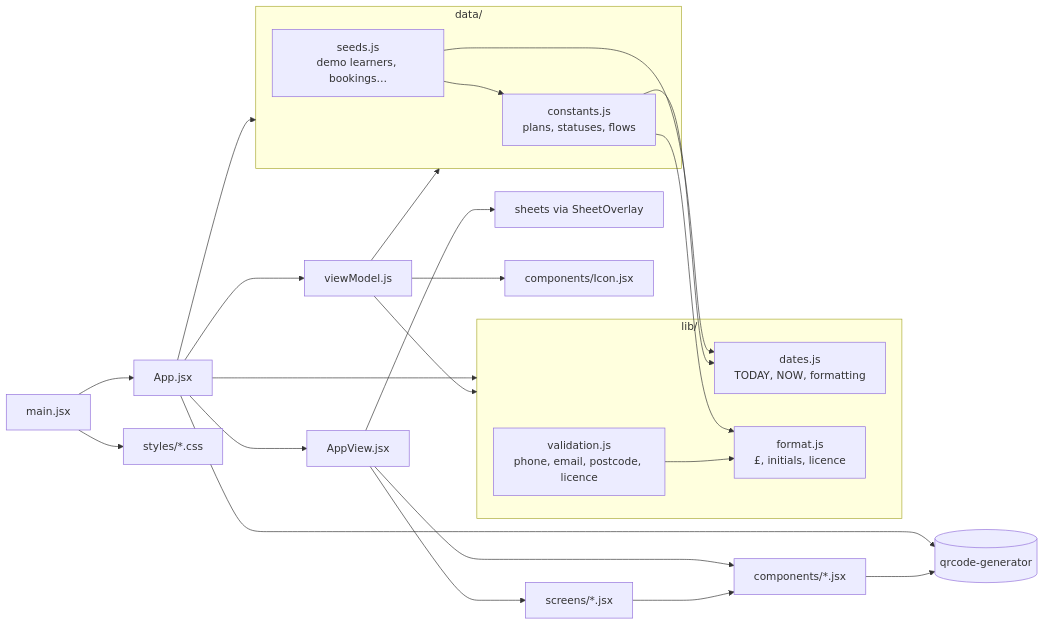
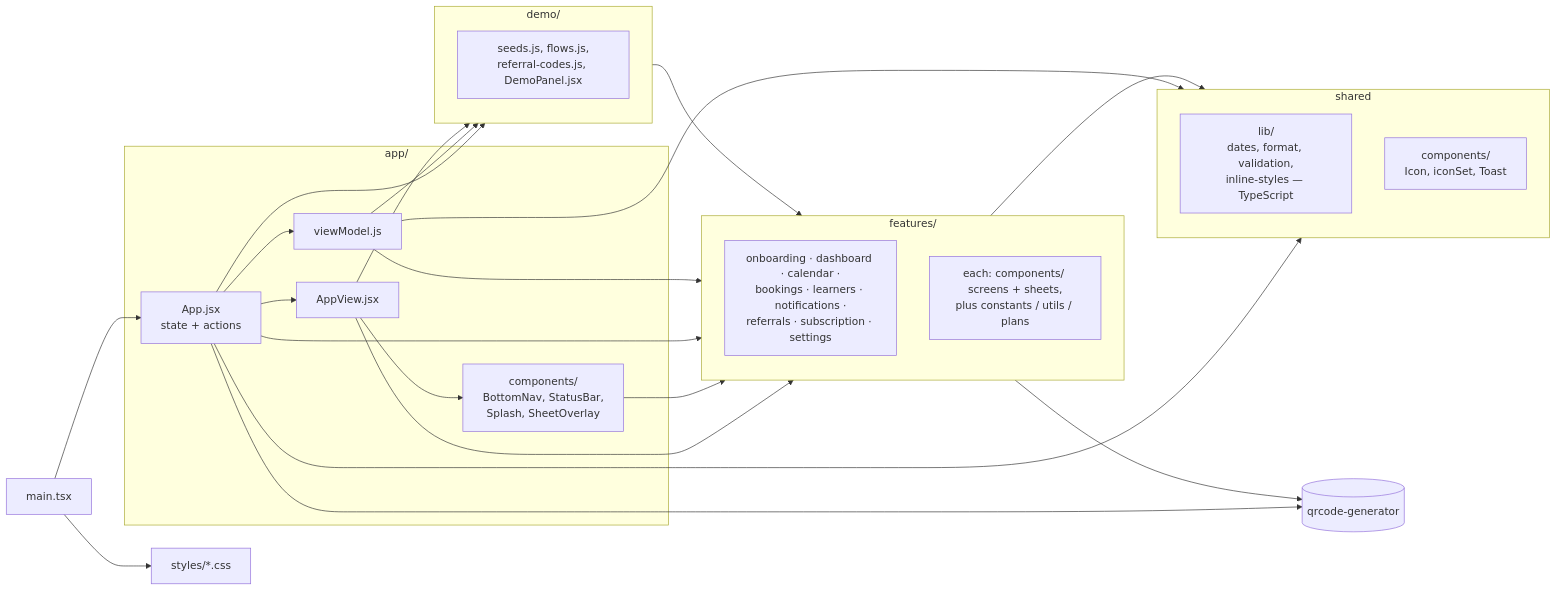
One commit to snehashisp/nexdrive changed the fifth of 5 diagrams in docs/internal/component-diagram.md. Above: the diagram before and after it, drawn with Mermaid. The commit also changed other lines of this file and 99 other files, not shown here.

First line of the commit message:
Reorganise front end into feature folders; add TypeScript, ESLint, Prettier, Vitest

````diff
--- a/docs/internal/component-diagram.md
+++ b/docs/internal/component-diagram.md
@@ -147,34 +147,39 @@
 ```mermaid
 flowchart LR
-  MAIN[main.jsx] --> APP[App.jsx]
+  MAIN[main.tsx] --> APP
   MAIN --> CSS[styles/*.css]
-  APP --> VIEW[AppView.jsx]
-  APP --> VM[viewModel.js]
+
+  subgraph APPL[app/]
+    APP[App.jsx<br/>state + actions] --> VIEW[AppView.jsx]
+    APP --> VM[viewModel.js]
+    VIEW --> SHELL[components/<br/>BottomNav, StatusBar,<br/>Splash, SheetOverlay]
+  end
+
+  subgraph FEAT[features/]
+    F1[onboarding · dashboard · calendar ·<br/>bookings · learners · notifications ·<br/>referrals · subscription · settings]
+    FC[each: components/ screens + sheets,<br/>plus constants / utils / plans]
+  end
+
+  subgraph DEMO[demo/]
+    SEEDS[seeds.js, flows.js,<br/>referral-codes.js, DemoPanel.jsx]
+  end
+
+  subgraph SHARED[shared]
+    LIB[lib/<br/>dates, format, validation,<br/>inline-styles — TypeScript]
+    COMP[components/<br/>Icon, iconSet, Toast]
+  end
+
+  VIEW --> FEAT
+  SHELL --> FEAT
+  APP --> FEAT
+  VM --> FEAT
+  APP --> DEMO
+  VM --> DEMO
+  VIEW --> DEMO
+  APP --> SHARED
+  VM --> SHARED
+  FEAT --> SHARED
+  DEMO --> FEAT
   APP --> QRLIB[(qrcode-generator)]
-  VIEW --> SCR[screens/*.jsx]
-  VIEW --> SH[sheets via SheetOverlay]
-  VIEW --> COMP[components/*.jsx]
-  SCR --> COMP
-  VM --> ICON[components/Icon.jsx]
-  COMP --> QRLIB
-
-  APP --> DATA
-  VM --> DATA
-  APP --> LIB
-  VM --> LIB
-
-  subgraph DATA[data/]
-    CONST[constants.js<br/>plans, statuses, flows]
-    SEEDS[seeds.js<br/>demo learners, bookings…]
-  end
-  subgraph LIB[lib/]
-    DATES[dates.js<br/>TODAY, NOW, formatting]
-    FMT[format.js<br/>£, initials, licence]
-    VAL[validation.js<br/>phone, email, postcode, licence]
-  end
-  SEEDS --> CONST
-  SEEDS --> DATES
-  CONST --> DATES
-  CONST --> FMT
-  VAL --> FMT
+  FEAT --> QRLIB
 ```
````
